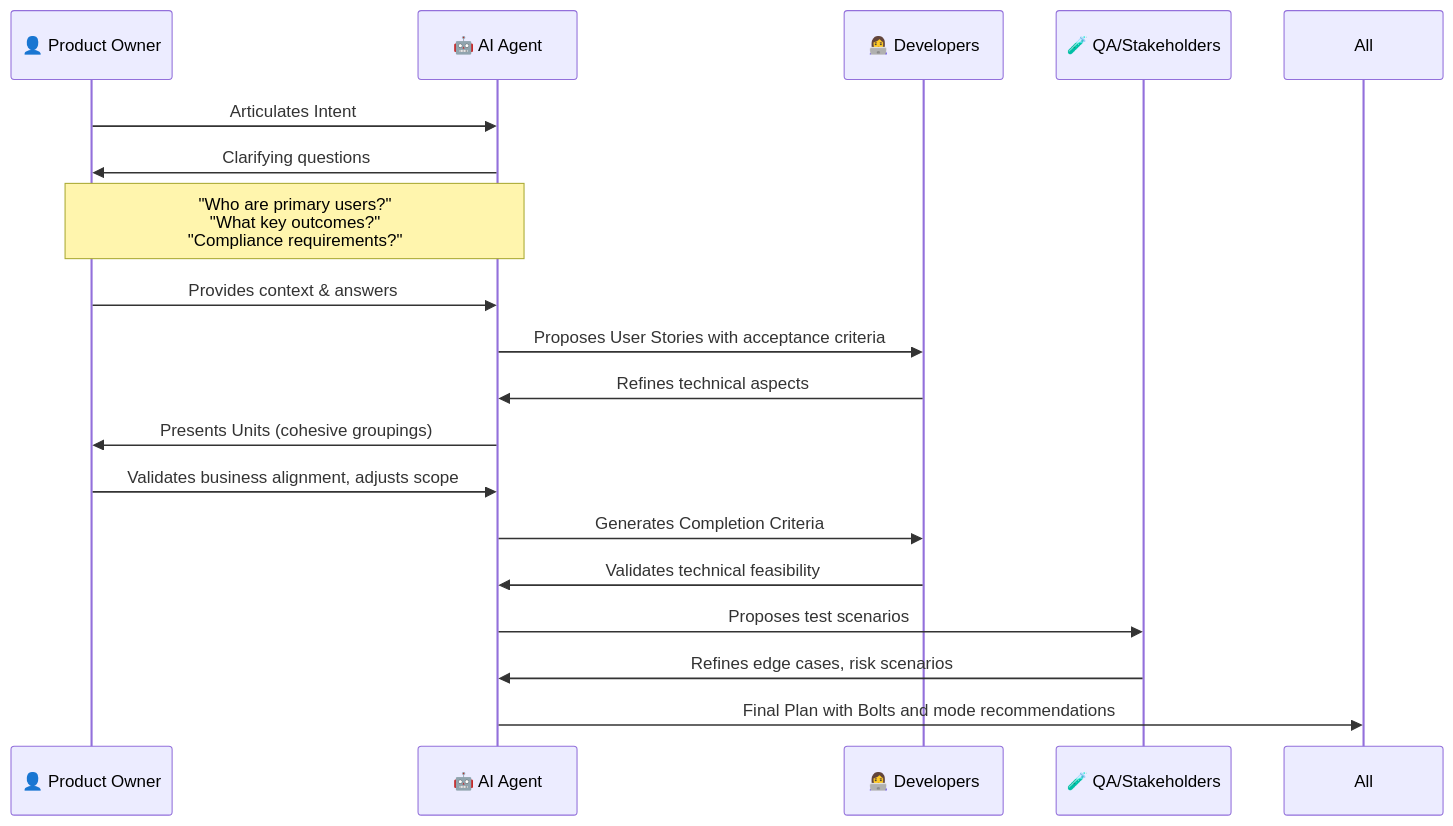
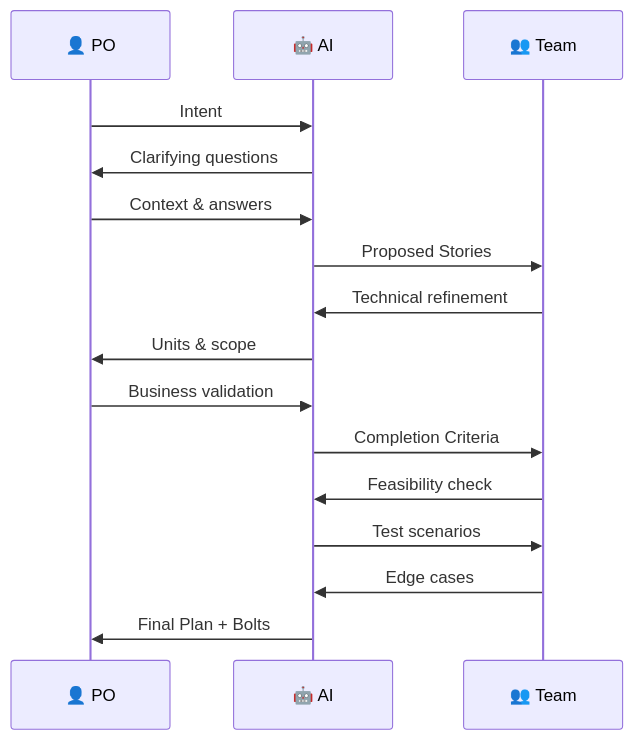
One commit to TheBushidoCollective/han changed diagram 12 of 13 in website/content/papers/ai-dlc-2026.md. Above: the diagram before and after it, drawn with Mermaid. The commit also changed other lines of this file, not shown here.

First line of the commit message:
fix(website): narrow wide Mermaid diagrams in AI-DLC paper

````diff
--- a/website/content/papers/ai-dlc-2026.md
+++ b/website/content/papers/ai-dlc-2026.md
@@ -741,21 +735,19 @@
 ```mermaid
 sequenceDiagram
-    participant PO as 👤 Product Owner
-    participant AI as 🤖 AI Agent
-    participant Dev as 👩‍💻 Developers
-    participant QA as 🧪 QA/Stakeholders
+    participant PO as 👤 PO
+    participant AI as 🤖 AI
+    participant Team as 👥 Team
 
-    PO->>AI: Articulates Intent
+    PO->>AI: Intent
     AI->>PO: Clarifying questions
-    Note over AI,PO: "Who are primary users?"<br/>"What key outcomes?"<br/>"Compliance requirements?"
-    PO->>AI: Provides context & answers
-    AI->>Dev: Proposes User Stories with acceptance criteria
-    Dev->>AI: Refines technical aspects
-    AI->>PO: Presents Units (cohesive groupings)
-    PO->>AI: Validates business alignment, adjusts scope
-    AI->>Dev: Generates Completion Criteria
-    Dev->>AI: Validates technical feasibility
-    AI->>QA: Proposes test scenarios
-    QA->>AI: Refines edge cases, risk scenarios
-    AI->>All: Final Plan with Bolts and mode recommendations
+    PO->>AI: Context & answers
+    AI->>Team: Proposed Stories
+    Team->>AI: Technical refinement
+    AI->>PO: Units & scope
+    PO->>AI: Business validation
+    AI->>Team: Completion Criteria
+    Team->>AI: Feasibility check
+    AI->>Team: Test scenarios
+    Team->>AI: Edge cases
+    AI->>PO: Final Plan + Bolts
 ```
````
